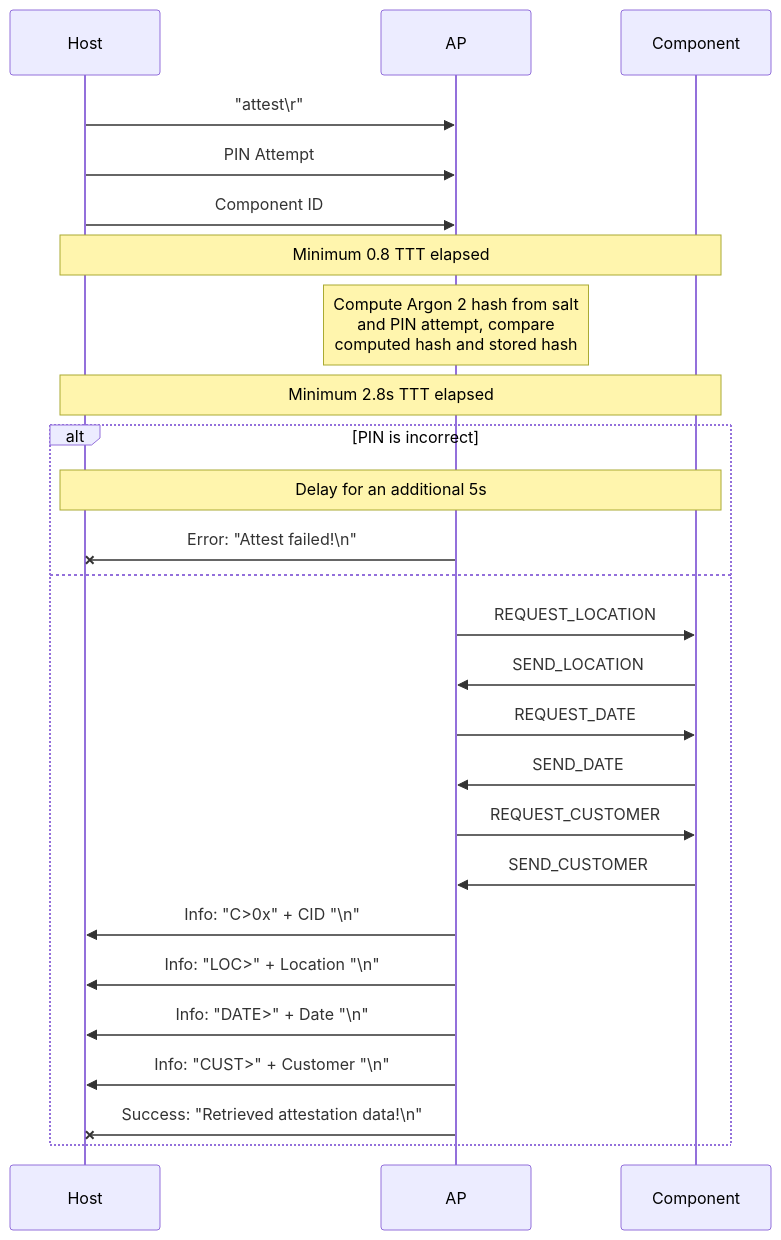
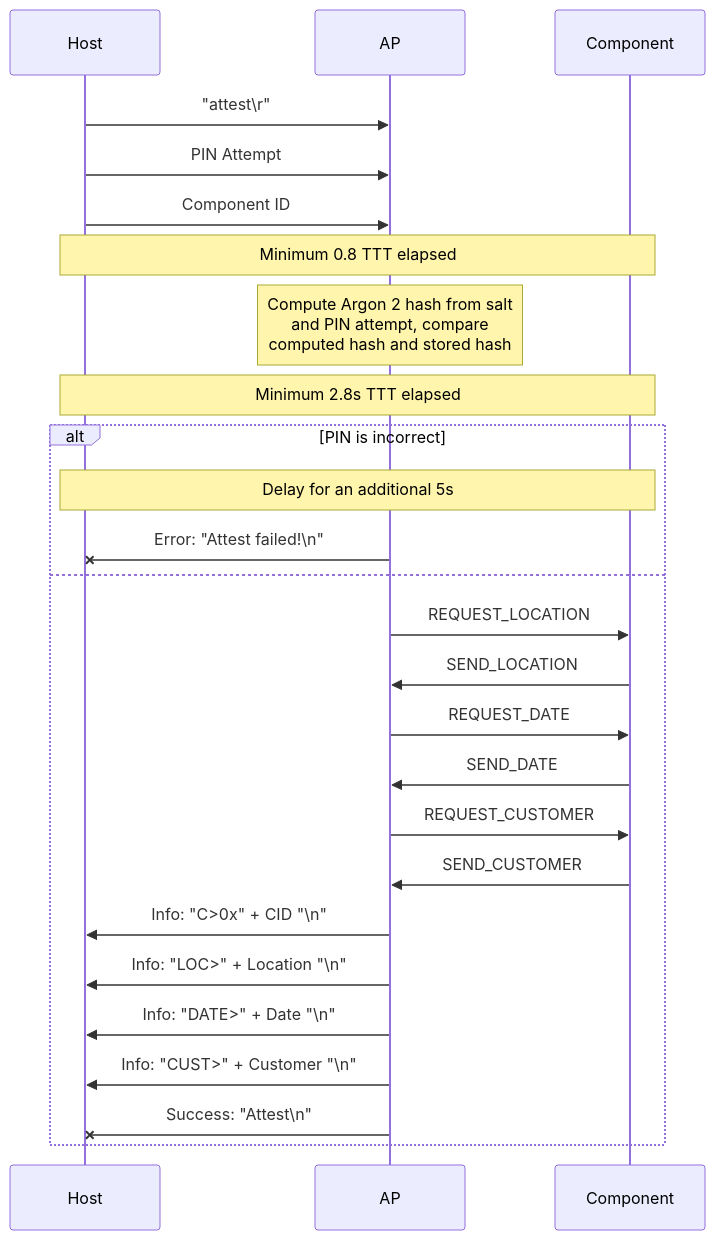
One commit to sigpwny/2024-ectf-uiuc changed the second of 4 diagrams in docs/misc_protocol.md. Above: the diagram before and after it, drawn with Mermaid. The commit also changed other lines of this file, not shown here.

````diff
--- a/docs/misc_protocol.md
+++ b/docs/misc_protocol.md
@@ -59,25 +59,25 @@
 ```mermaid
 sequenceDiagram
   Host ->> AP: "attest\r"
   Host ->> AP: PIN Attempt
   Host ->> AP: Component ID
   Note over Host, Component: Minimum 0.8 TTT elapsed
   Note over AP: Compute Argon 2 hash from salt <br />and PIN attempt, compare <br />computed hash and stored hash
   Note over Host, Component: Minimum 2.8s TTT elapsed
   alt PIN is incorrect
     Note over Host, Component: Delay for an additional 5s
     AP -x Host: Error: "Attest failed!\n"
   else
     AP ->> Component: REQUEST_LOCATION
     Component ->> AP: SEND_LOCATION
     AP ->> Component: REQUEST_DATE
     Component ->> AP: SEND_DATE
     AP ->> Component: REQUEST_CUSTOMER
     Component ->> AP: SEND_CUSTOMER
     AP ->> Host: Info: "C>0x" + CID "\n"
     AP ->> Host: Info: "LOC>" + Location "\n"
     AP ->> Host: Info: "DATE>" + Date "\n"
     AP ->> Host: Info: "CUST>" + Customer "\n"
-    AP -x Host: Success: "Retrieved attestation data!\n"
+    AP -x Host: Success: "Attest\n"
   end
 ```
````
